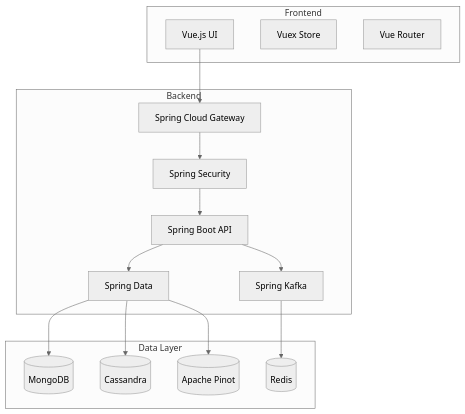
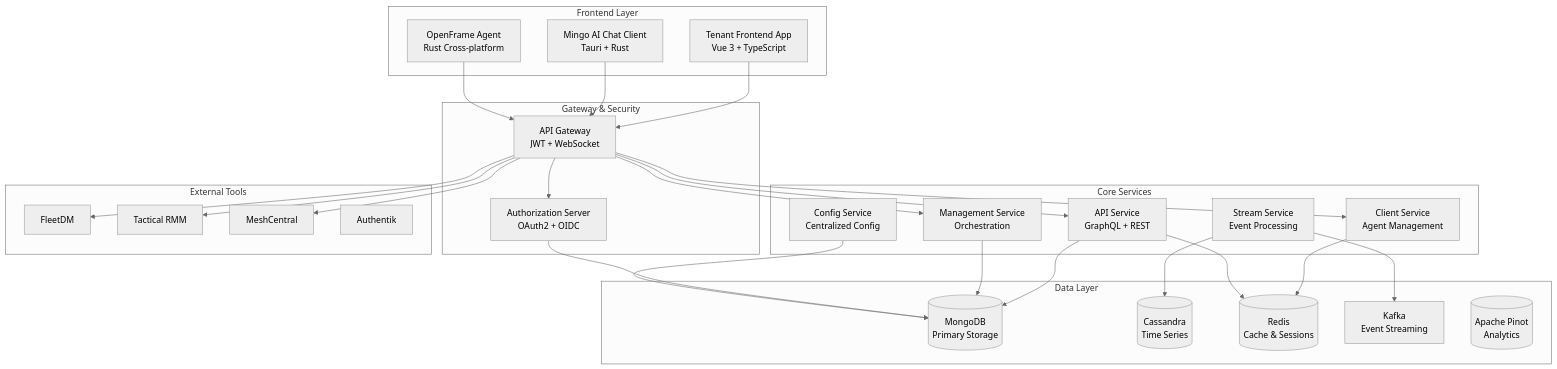
The diagram in docs/getting-started/introduction.md (flamingo-stack/openframe-oss-tenant), drawn with Mermaid (neutral theme) before and after one commit. The commit also changed other lines of this file and 9 other files, not shown here.

````diff
--- a/docs/getting-started/introduction.md
+++ b/docs/getting-started/introduction.md
@@ -78,33 +42,60 @@
 ```mermaid
 graph TB
-    subgraph Frontend
-        UI[Vue.js UI]
-        Store[Vuex Store]
-        Router[Vue Router]
+    subgraph "Frontend Layer"
+        Frontend[Tenant Frontend App<br/>Vue 3 + TypeScript]
+        Chat[Mingo AI Chat Client<br/>Tauri + Rust]
+        Agent[OpenFrame Agent<br/>Rust Cross-platform]
     end
 
-    subgraph Backend
-        Gateway[Spring Cloud Gateway]
-        Auth[Spring Security]
-        API[Spring Boot API]
-        Stream[Spring Kafka]
-        Data[Spring Data]
+    subgraph "Gateway & Security"
+        Gateway[API Gateway<br/>JWT + WebSocket]
+        AuthZ[Authorization Server<br/>OAuth2 + OIDC]
     end
 
-    subgraph Data Layer
-        MongoDB[(MongoDB)]
-        Cassandra[(Cassandra)]
-        Pinot[(Apache Pinot)]
-        Redis[(Redis)]
+    subgraph "Core Services"
+        API[API Service<br/>GraphQL + REST]
+        Management[Management Service<br/>Orchestration]
+        Stream[Stream Service<br/>Event Processing]
+        Client[Client Service<br/>Agent Management]
+        Config[Config Service<br/>Centralized Config]
     end
 
-    UI --> Gateway
-    Gateway --> Auth
-    Auth --> API
-    API --> Stream
-    API --> Data
-    Data --> MongoDB
-    Data --> Cassandra
-    Data --> Pinot
-    Stream --> Redis
+    subgraph "Data Layer"
+        Mongo[(MongoDB<br/>Primary Storage)]
+        Cassandra[(Cassandra<br/>Time Series)]
+        Redis[(Redis<br/>Cache & Sessions)]
+        Kafka[Kafka<br/>Event Streaming]
+        Pinot[(Apache Pinot<br/>Analytics)]
+    end
+
+    subgraph "External Tools"
+        Fleet[FleetDM]
+        Tactical[Tactical RMM]
+        Mesh[MeshCentral]
+        Authentik[Authentik]
+    end
+
+    Frontend --> Gateway
+    Chat --> Gateway
+    Agent --> Gateway
+
+    Gateway --> AuthZ
+    Gateway --> API
+    Gateway --> Client
+    Gateway --> Management
+
+    API --> Mongo
+    Management --> Mongo
+    Stream --> Kafka
+    Stream --> Cassandra
+    
+    Client --> Redis
+    API --> Redis
+
+    Gateway --> Fleet
+    Gateway --> Tactical
+    Gateway --> Mesh
+
+    AuthZ --> Mongo
+    Config --> Mongo
 ```
````
